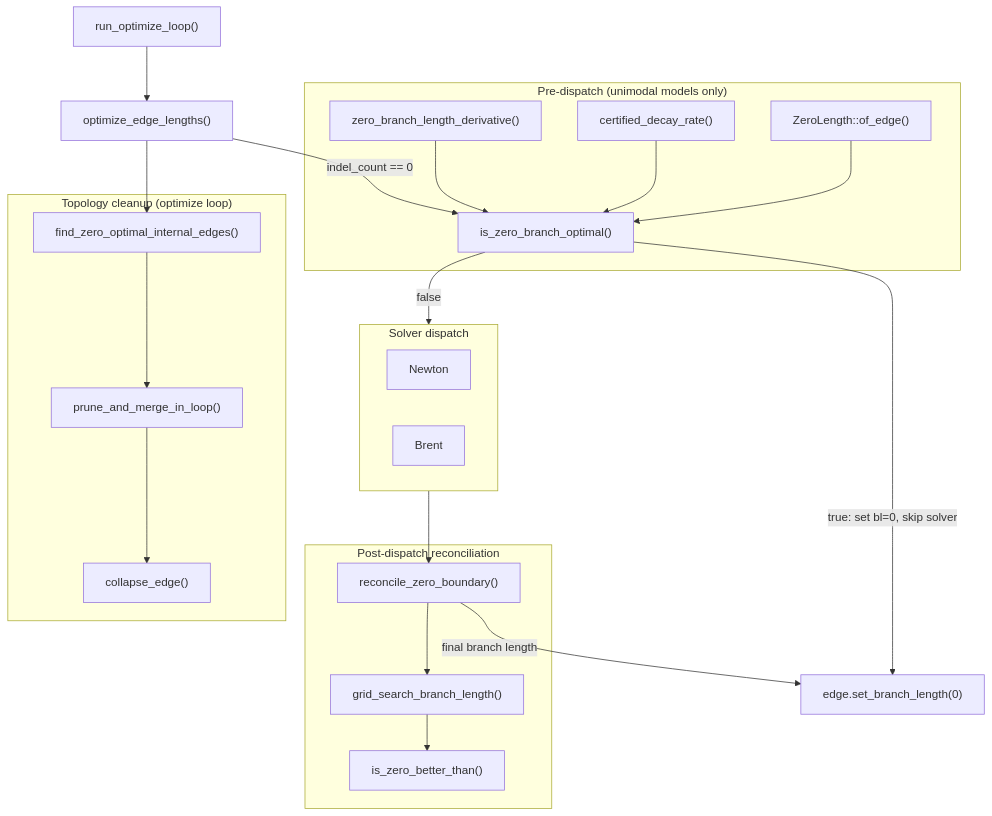
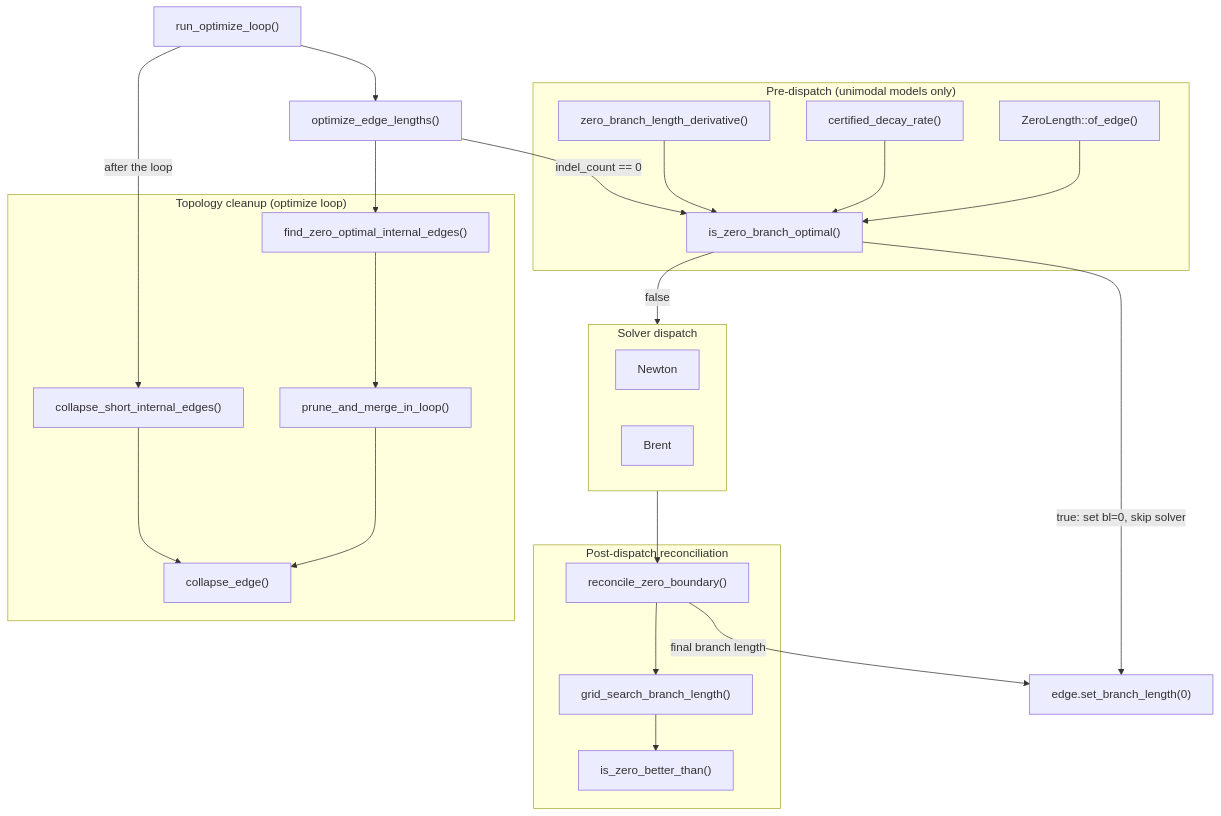
One commit to neherlab/treetime changed the diagram in kb/reports/zero-branch-length-optimization.md. Above: the diagram before and after it, drawn with Mermaid. The commit also changed other lines of this file and 23 other files, not shown here.

````diff
--- a/kb/reports/zero-branch-length-optimization.md
+++ b/kb/reports/zero-branch-length-optimization.md
@@ -67,44 +69,47 @@
 ```mermaid
 graph TD
     subgraph pre ["Pre-dispatch (unimodal models only)"]
         valid["ZeroLength::of_edge()"]
         unimodal["certified_decay_rate()"]
         deriv["zero_branch_length_derivative()"]
         is_zero["is_zero_branch_optimal()"]
         valid --> is_zero
         unimodal --> is_zero
         deriv --> is_zero
     end
 
     subgraph solver ["Solver dispatch"]
         newton["Newton"]
         brent["Brent"]
     end
 
     subgraph post ["Post-dispatch reconciliation"]
         reconcile["reconcile_zero_boundary()"]
         grid["grid_search_branch_length()"]
         zero_better["is_zero_better_than()"]
         reconcile --> grid
         grid --> zero_better
     end
 
     subgraph collapse ["Topology cleanup (optimize loop)"]
         find["find_zero_optimal_internal_edges()"]
         prune["prune_and_merge_in_loop()"]
         coll["collapse_edge()"]
+        short["collapse_short_internal_edges()"]
         find --> prune
         prune --> coll
+        short --> coll
     end
 
     run["optimize_edge_lengths()"]
     run -->|"indel_count == 0"| is_zero
     is_zero -->|"true: set bl=0, skip solver"| done["edge.set_branch_length(0)"]
     is_zero -->|"false"| solver
     solver --> reconcile
     reconcile -->|"final branch length"| done
 
     loop["run_optimize_loop()"]
     loop --> run
     run --> find
+    loop -->|"after the loop"| short
 ```
````
